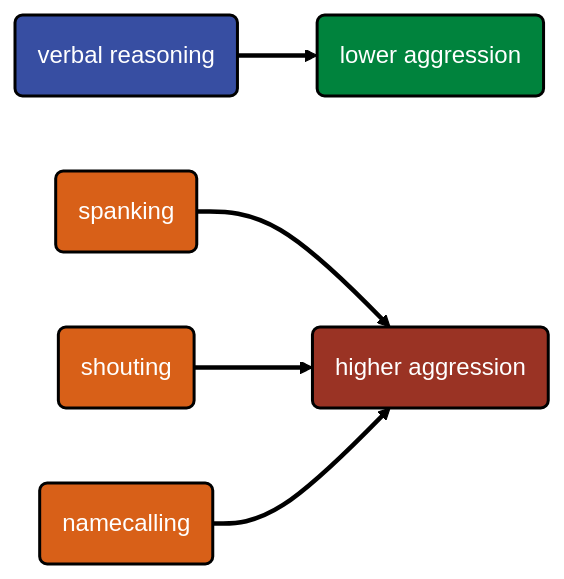
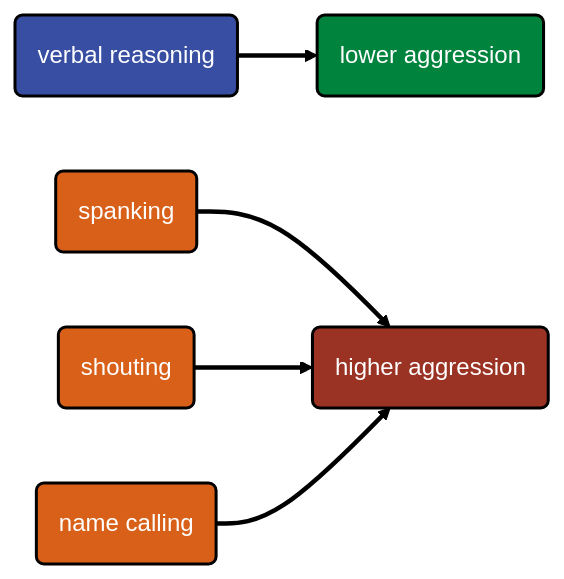
Before and after one commit to agrogan1/positive-and-negative-parenting: the second of 2 diagrams in visual-summary-diagram.qmd, drawn with Mermaid. The commit also changed other lines of this file and 12 other files, not shown here.

````diff
--- a/visual-summary-diagram.qmd
+++ b/visual-summary-diagram.qmd
@@ -12,26 +70,26 @@
 ```{mermaid}
 
 flowchart LR
 
  classDef yellow fill:#FFC20E,stroke:#000000,stroke-width:2px,color:#000000;
   
   classDef blue fill:#374EA2,stroke:#000000,stroke-width:2px,color:#FFFFFF;
   
   classDef green fill:#00833D,stroke:#000000,stroke-width:2px,color:#FFFFFF;
   
   classDef orange fill:#D86018,stroke:#000000,stroke-width:2px,color:#FFFFFF;
   
   classDef red fill:#9A3324,stroke:#000000,stroke-width:2px,color:#FFFFFF;
     
   explain("verbal reasoning"):::blue --> loweraggression("lower aggression"):::green
   
   spanking("spanking"):::orange --> higheraggression("higher aggression"):::red
   
   shouting("shouting"):::orange --> higheraggression
   
-  namecalling("namecalling"):::orange --> higheraggression
+  namecalling("name calling"):::orange --> higheraggression
   
   linkStyle 0,1,2,3 stroke:#000000,stroke-width:3px,color:black;
 
 
 ```
````
